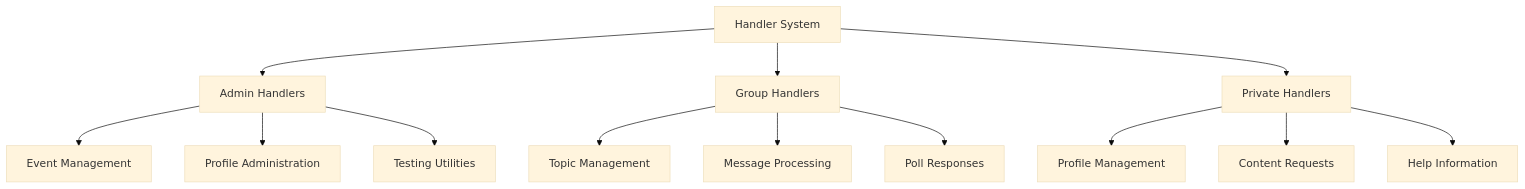
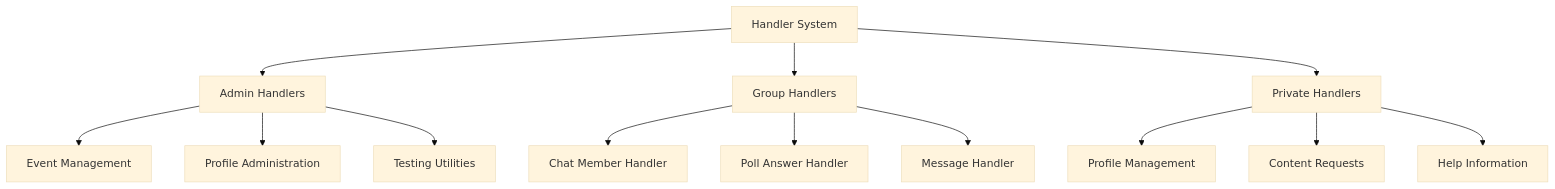
The first of 6 diagrams in .qoder/repowiki/en/content/Core Architecture/Handler System.md (it-beard/evo-bot-go), drawn with Mermaid (base theme) before and after one commit. The commit also changed other lines of this file and 14 other files, not shown here.

````diff
--- a/.qoder/repowiki/en/content/Core Architecture/Handler System.md
+++ b/.qoder/repowiki/en/content/Core Architecture/Handler System.md
@@ -44,15 +55,15 @@
 ```mermaid
 graph TD
 A[Handler System] --> B[Admin Handlers]
 A --> C[Group Handlers]
 A --> D[Private Handlers]
 B --> E[Event Management]
 B --> F[Profile Administration]
 B --> G[Testing Utilities]
-C --> H[Topic Management]
-C --> I[Message Processing]
-C --> J[Poll Responses]
+C --> H[Chat Member Handler]
+C --> I[Poll Answer Handler]
+C --> J[Message Handler]
 D --> K[Profile Management]
 D --> L[Content Requests]
 D --> M[Help Information]
 ```
````
